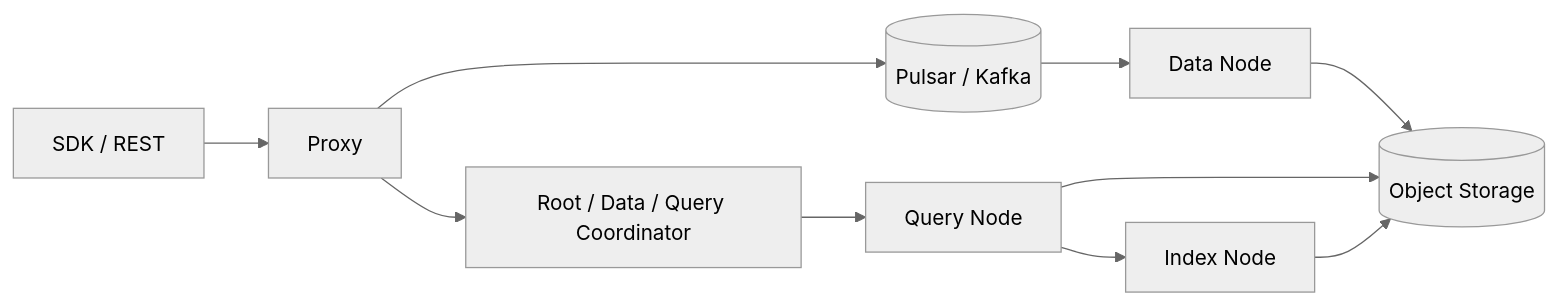
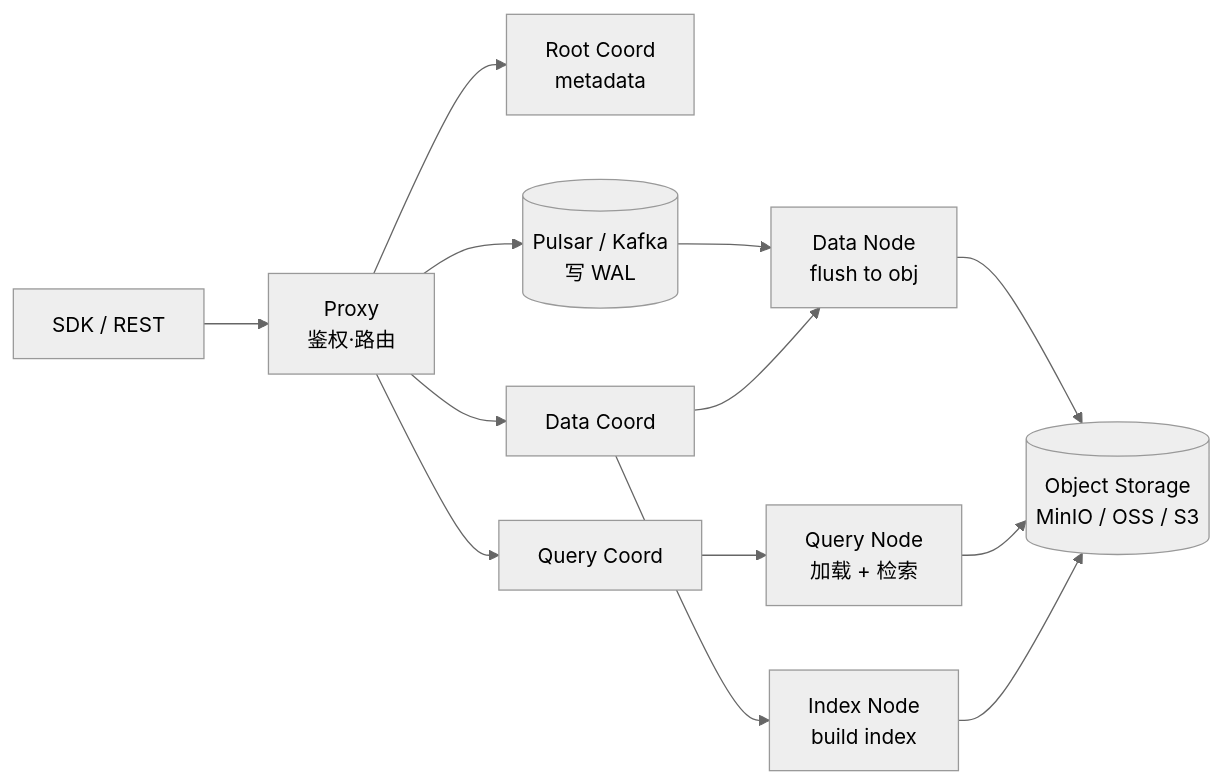
Before and after one commit to wangyong9999/lakehouse-wiki: the diagram in docs/retrieval/milvus.md, drawn with Mermaid (neutral theme). The commit also changed other lines of this file and 4 other files, not shown here.

````diff
--- a/docs/retrieval/milvus.md
+++ b/docs/retrieval/milvus.md
@@ -27,12 +39,15 @@
 ```mermaid
 flowchart LR
-  client[SDK / REST] --> proxy[Proxy]
-  proxy --> coord["Root / Data / Query Coordinator"]
-  proxy --> msgQ[(Pulsar / Kafka)]
-  msgQ --> dn[Data Node]
-  dn --> obj[(Object Storage)]
-  coord --> qn[Query Node]
+  client[SDK / REST] --> proxy[Proxy<br/>鉴权·路由]
+  proxy --> root[Root Coord<br/>metadata]
+  proxy --> dc[Data Coord]
+  proxy --> qc[Query Coord]
+  proxy --> msgQ[(Pulsar / Kafka<br/>写 WAL)]
+  msgQ --> dn[Data Node<br/>flush to obj]
+  dc --> dn
+  qc --> qn[Query Node<br/>加载 + 检索]
+  dc --> indexer[Index Node<br/>build index]
+  dn --> obj[(Object Storage<br/>MinIO / OSS / S3)]
   qn --> obj
-  qn --> indexer[Index Node]
   indexer --> obj
 ```
````
